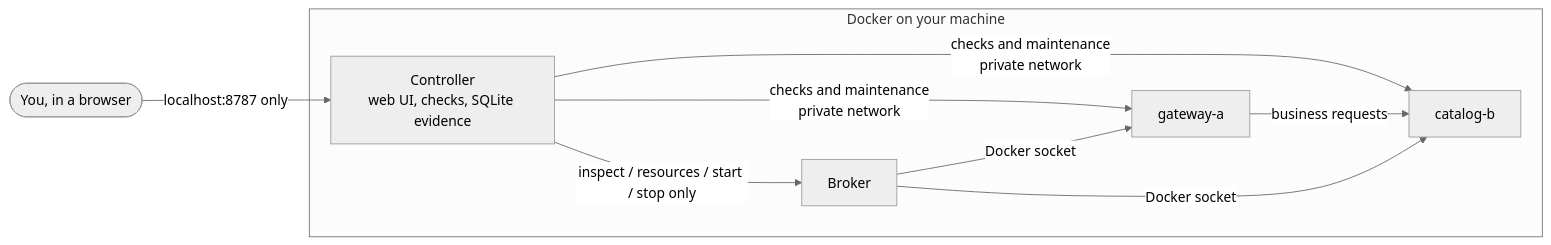
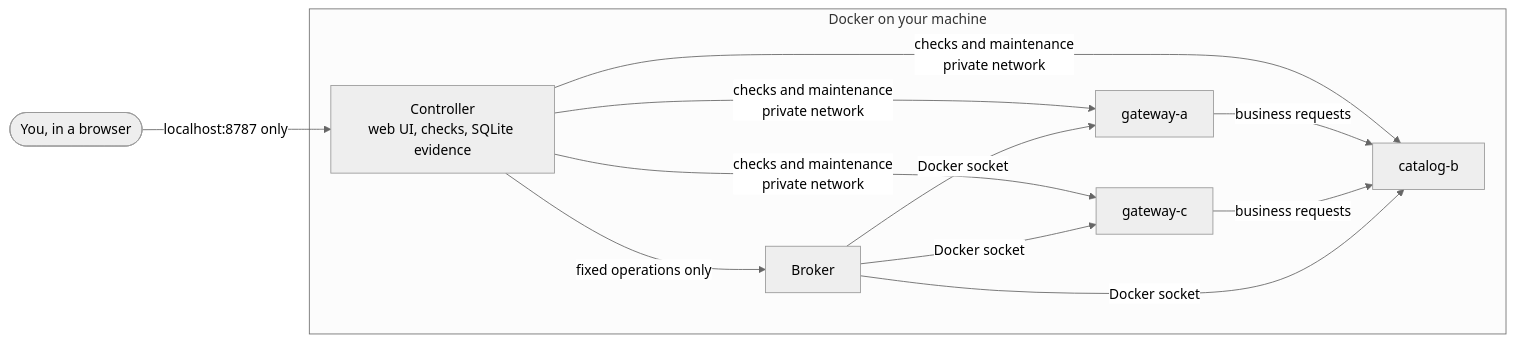
The diagram in README.md (choochootrain23/aegis-fault-lab), drawn with Mermaid (neutral theme) before and after one commit. The commit also changed other lines of this file and 34 other files, not shown here.

````diff
--- a/README.md
+++ b/README.md
@@ -150,12 +215,15 @@
 ```mermaid
 flowchart LR
   you([You, in a browser]) -->|localhost:8787 only| controller
   subgraph docker [Docker on your machine]
     controller[Controller<br/>web UI, checks, SQLite evidence] -->|checks and maintenance<br/>private network| gateway[gateway-a]
     controller -->|checks and maintenance<br/>private network| catalog[catalog-b]
+    controller -->|checks and maintenance<br/>private network| gatewayc[gateway-c]
     gateway -->|business requests| catalog
-    controller -->|inspect / resources / start / stop only| broker[Broker]
+    gatewayc -->|business requests| catalog
+    controller -->|fixed operations only| broker[Broker]
     broker -->|Docker socket| gateway
     broker -->|Docker socket| catalog
+    broker -->|Docker socket| gatewayc
   end
 ```
````
